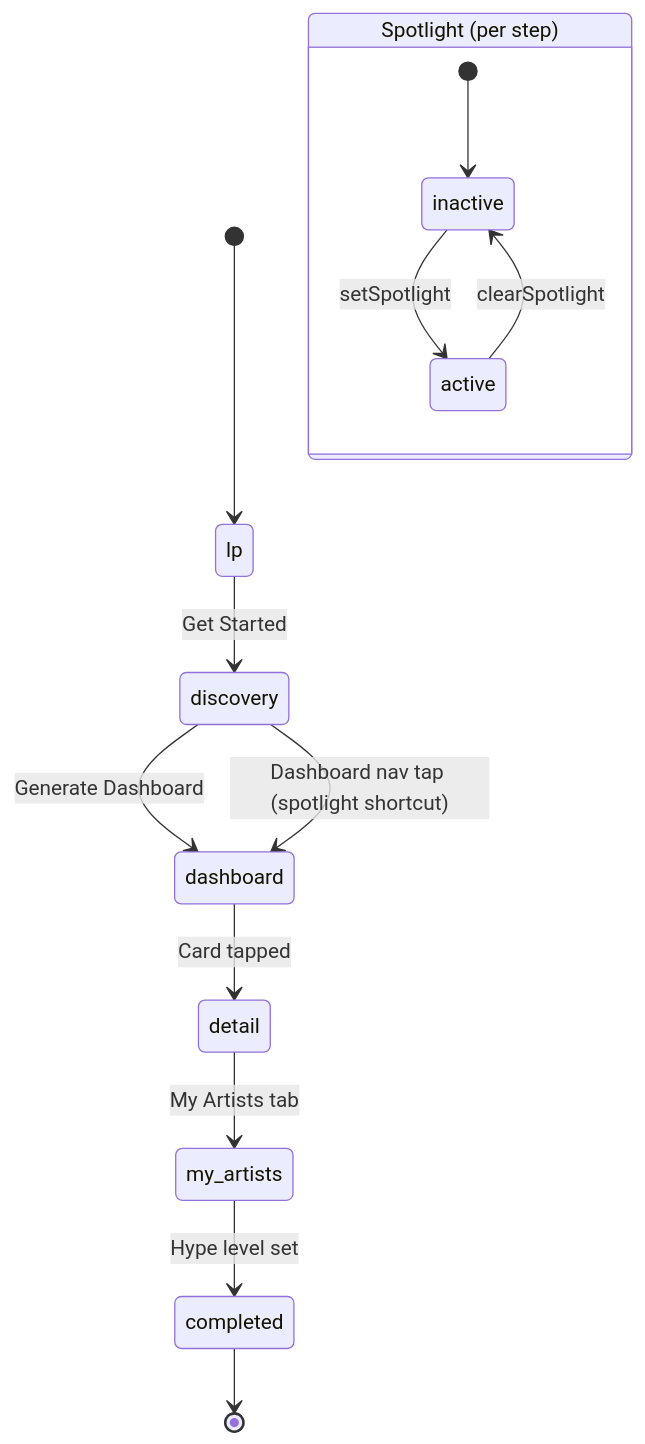
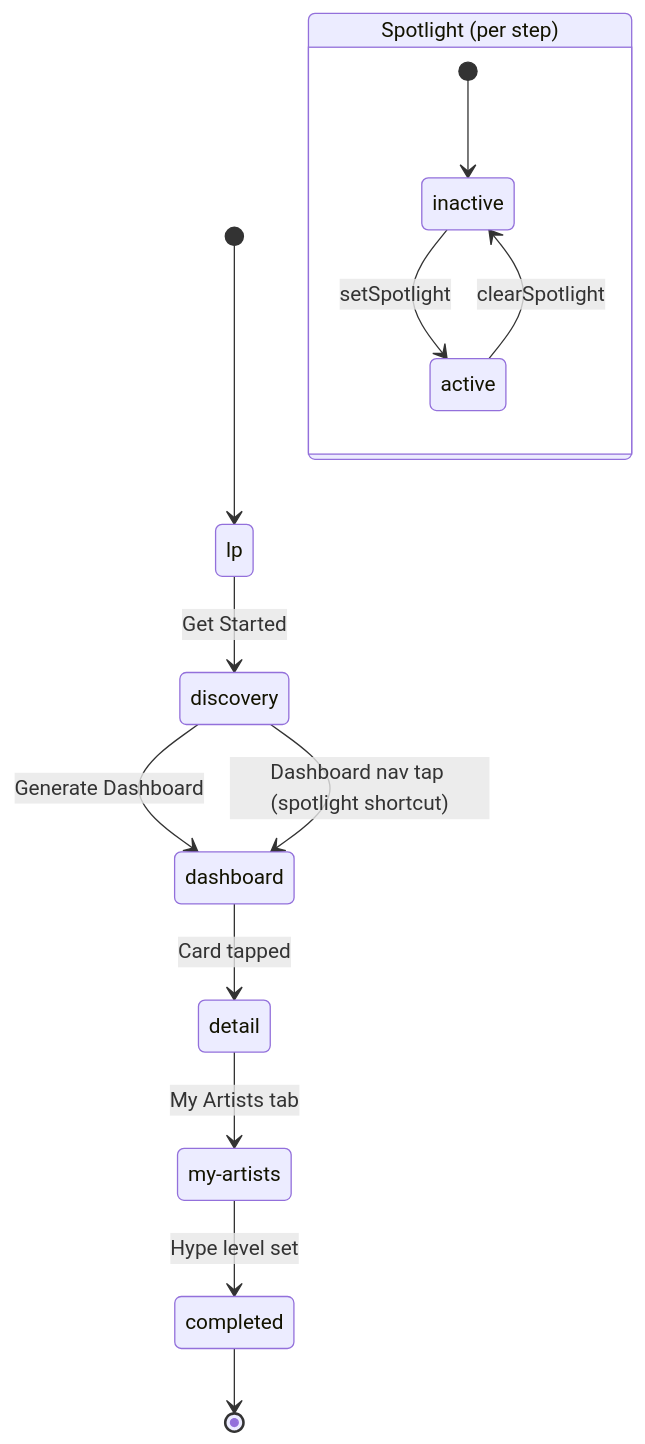
The diagram in openspec/specs/state-transition-diagram/spec.md (liverty-music/specification), drawn with Mermaid before and after one commit. The commit also changed other lines of this file and 1 other file, not shown here.

First line of the commit message:
fix(spec): use my-artists (hyphen) to match OnboardingStep value

````diff
--- a/openspec/specs/state-transition-diagram/spec.md
+++ b/openspec/specs/state-transition-diagram/spec.md
@@ -47,19 +47,20 @@
 ```mermaid
 stateDiagram-v2
     [*] --> lp
 
     lp --> discovery : Get Started
     discovery --> dashboard : Generate Dashboard
     discovery --> dashboard : Dashboard nav tap (spotlight shortcut)
     dashboard --> detail : Card tapped
+    state "my-artists" as my_artists
     detail --> my_artists : My Artists tab
     my_artists --> completed : Hype level set
 
     completed --> [*]
 
     state "Spotlight (per step)" as spotlight {
         [*] --> inactive
         inactive --> active : setSpotlight
         active --> inactive : clearSpotlight
     }
 ```
````
